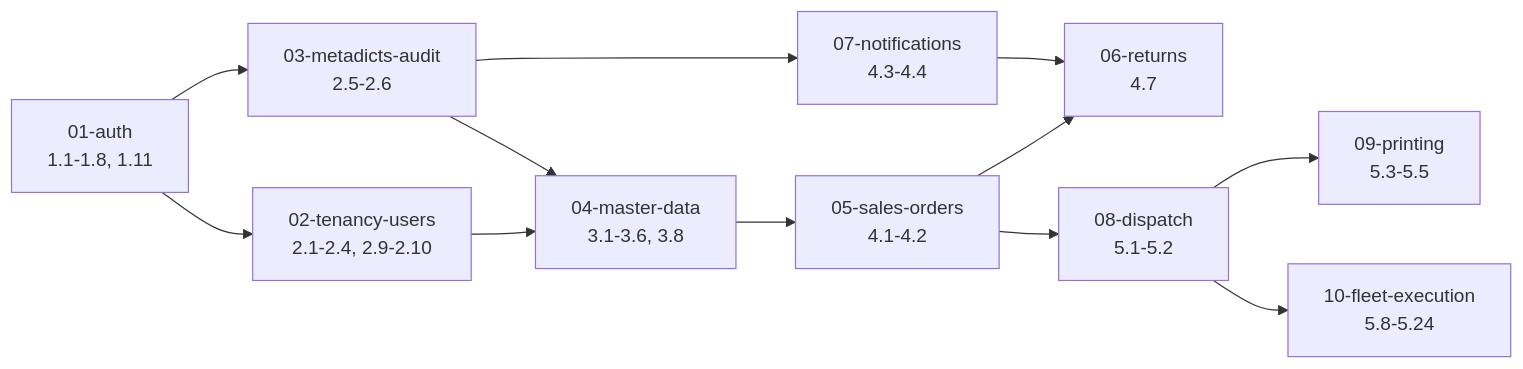
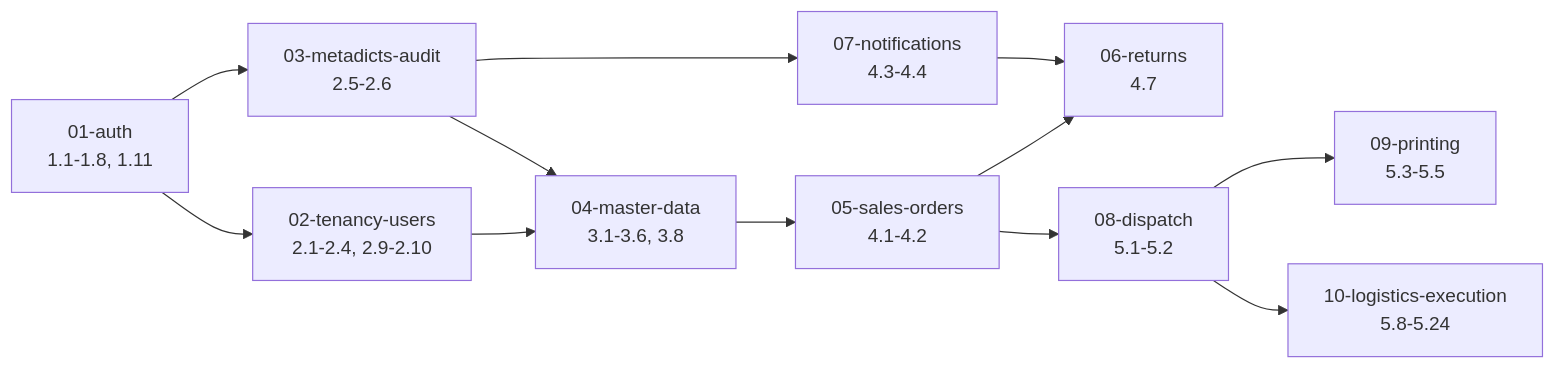
The diagram in docs/superpowers/plans/backend/detail/00-index.md (sw-ssd/sales-order-dispatch), drawn with Mermaid before and after one commit. The commit also changed other lines of this file and 100 other files, not shown here.

First line of the commit message:
refactor(logistics): fleet→logistics 全面改名（更直覺的領域名）

````diff
--- a/docs/superpowers/plans/backend/detail/00-index.md
+++ b/docs/superpowers/plans/backend/detail/00-index.md
@@ -100,14 +100,14 @@
 ```mermaid
 flowchart LR
     A[01-auth<br/>1.1-1.8, 1.11] --> B[02-tenancy-users<br/>2.1-2.4, 2.9-2.10]
     A --> C[03-metadicts-audit<br/>2.5-2.6]
     B --> D[04-master-data<br/>3.1-3.6, 3.8]
     C --> D
     D --> E[05-sales-orders<br/>4.1-4.2]
     C --> F[07-notifications<br/>4.3-4.4]
     E --> G[06-returns<br/>4.7]
     F --> G
     E --> H[08-dispatch<br/>5.1-5.2]
     H --> I[09-printing<br/>5.3-5.5]
-    H --> J[10-fleet-execution<br/>5.8-5.24]
+    H --> J[10-logistics-execution<br/>5.8-5.24]
 ```
````
